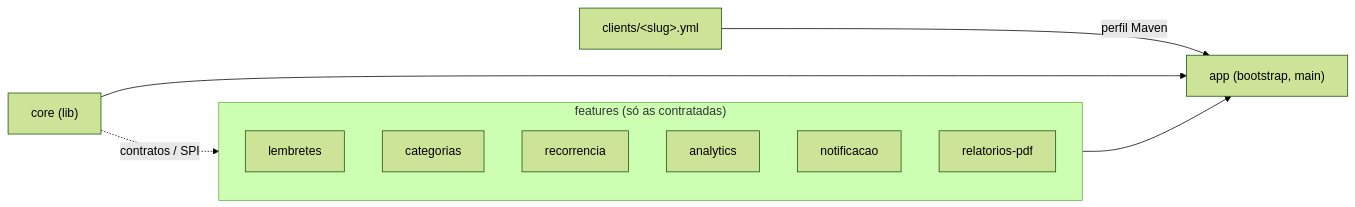
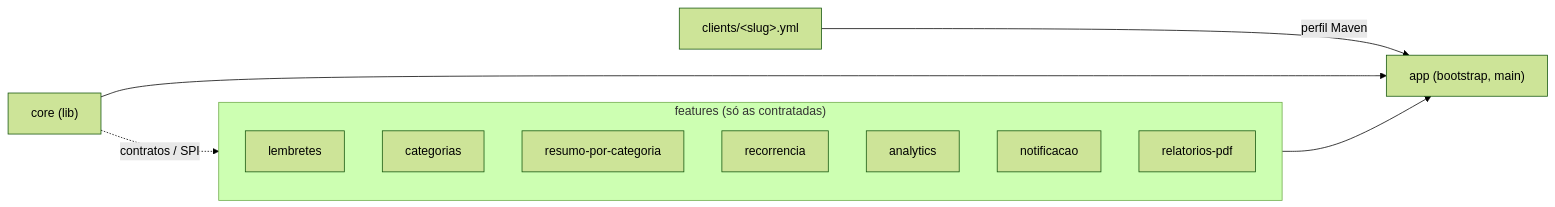
Before and after one commit to BrennoKM/LPsoft: the first of 2 diagrams in README.md, drawn with Mermaid (forest theme). The commit also changed other lines of this file and 19 other files, not shown here.

First line of the commit message:
feat(resumo-por-categoria): feature com dependencia estrita de categorias

````diff
--- a/README.md
+++ b/README.md
@@ -86,15 +87,16 @@
 ```mermaid
 flowchart LR
   M["clients/&lt;slug&gt;.yml"] -->|perfil Maven| APP
   CORE["core (lib)"] --> APP["app (bootstrap, main)"]
   subgraph features["features (só as contratadas)"]
     F1[lembretes]
     F2[categorias]
+    F7[resumo-por-categoria]
     F3[recorrencia]
     F4[analytics]
     F5[notificacao]
     F6[relatorios-pdf]
   end
   features --> APP
   CORE -.contratos / SPI.-> features
 ```
````
